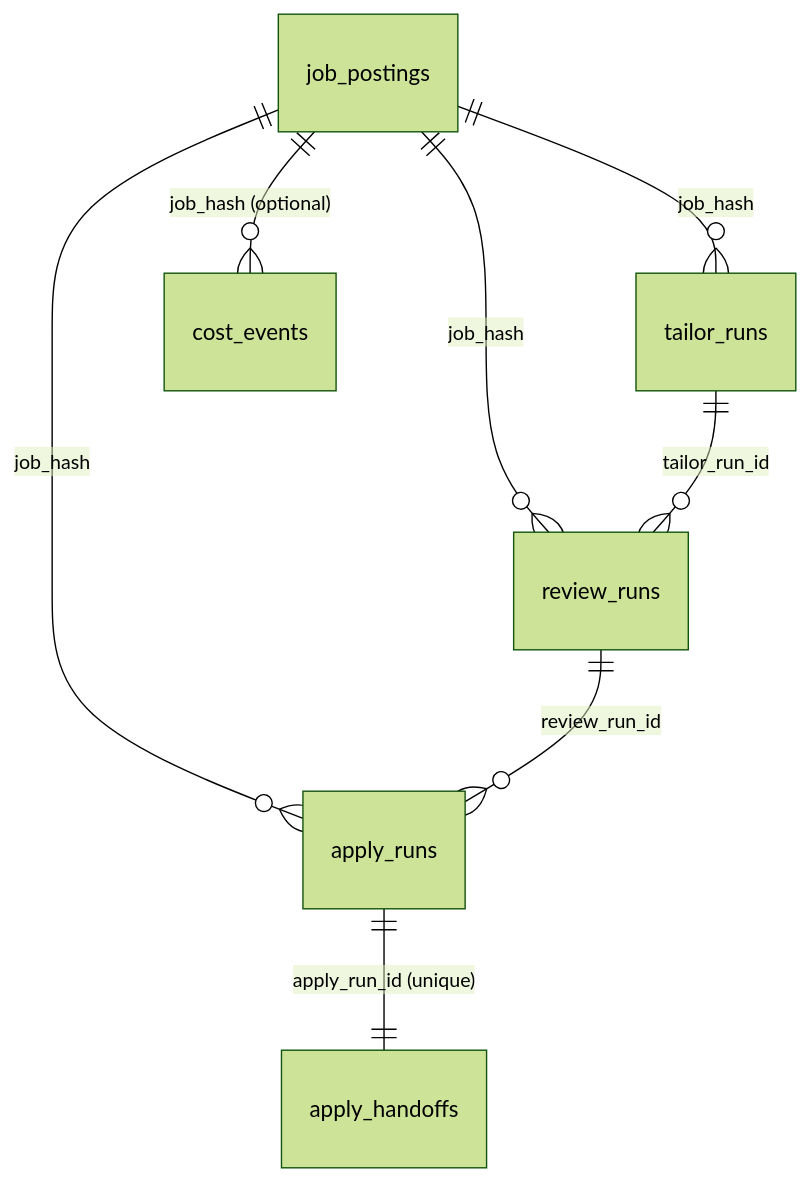
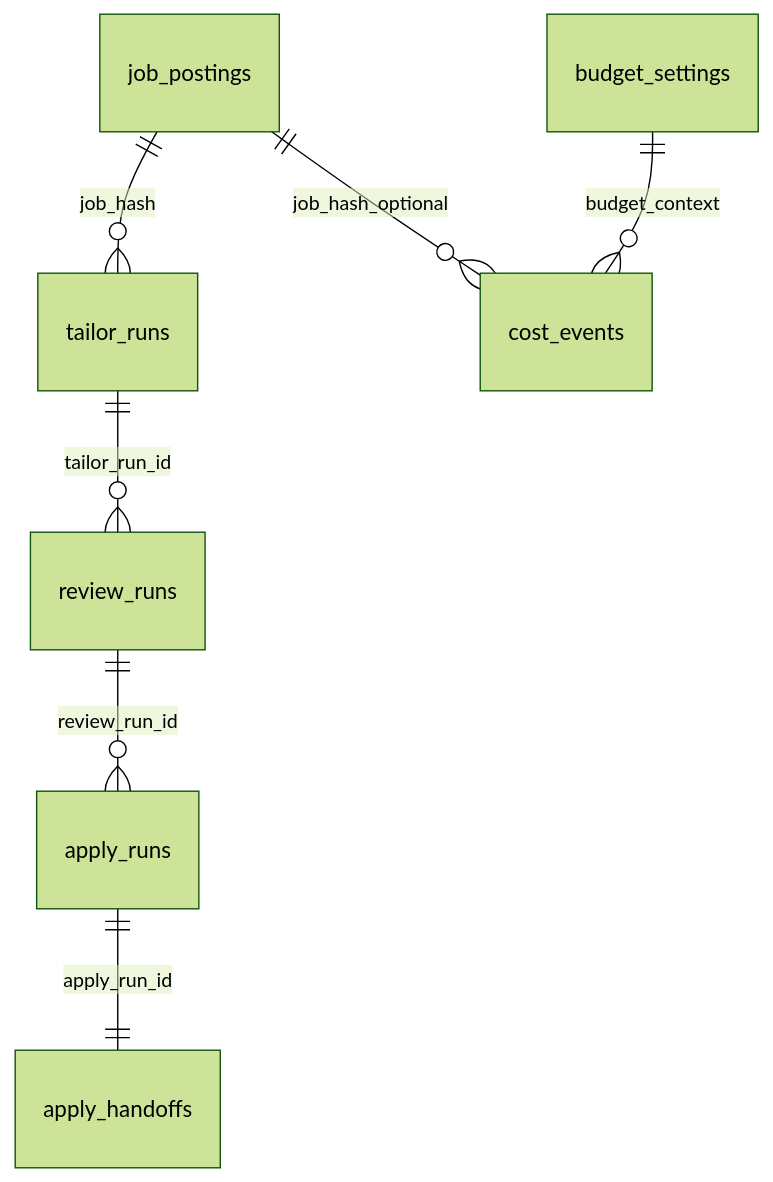
Before and after one commit to joeyspagnoli/agentic-job-applier: the diagram in .aqa/spec/data_models.md, drawn with Mermaid (forest theme). The commit also changed other lines of this file and 32 other files, not shown here.

````diff
--- a/.aqa/spec/data_models.md
+++ b/.aqa/spec/data_models.md
@@ -43,12 +35,10 @@
 ```mermaid
 erDiagram
-    job_postings ||--o{ tailor_runs : "job_hash"
-    job_postings ||--o{ review_runs : "job_hash"
-    job_postings ||--o{ apply_runs : "job_hash"
+    job_postings ||--o{ tailor_runs : job_hash
+    tailor_runs ||--o{ review_runs : tailor_run_id
+    review_runs ||--o{ apply_runs : review_run_id
+    apply_runs ||--|| apply_handoffs : apply_run_id
 
-    tailor_runs ||--o{ review_runs : "tailor_run_id"
-    review_runs ||--o{ apply_runs : "review_run_id"
-    apply_runs ||--|| apply_handoffs : "apply_run_id (unique)"
-
-    job_postings ||--o{ cost_events : "job_hash (optional)"
+    job_postings ||--o{ cost_events : job_hash_optional
+    budget_settings ||--o{ cost_events : budget_context
 ```
````
